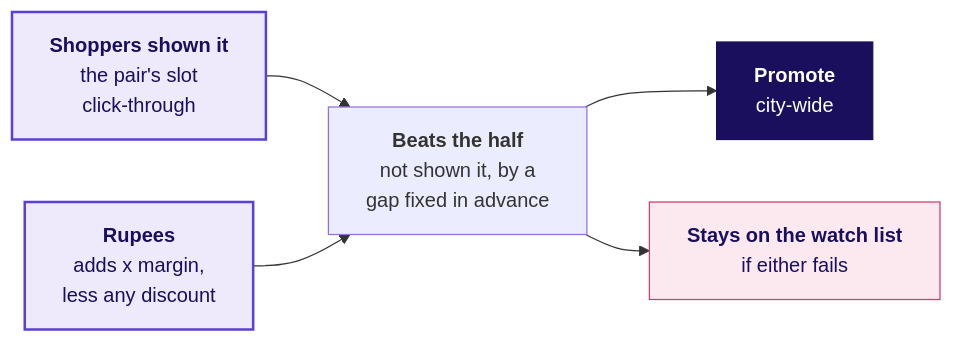
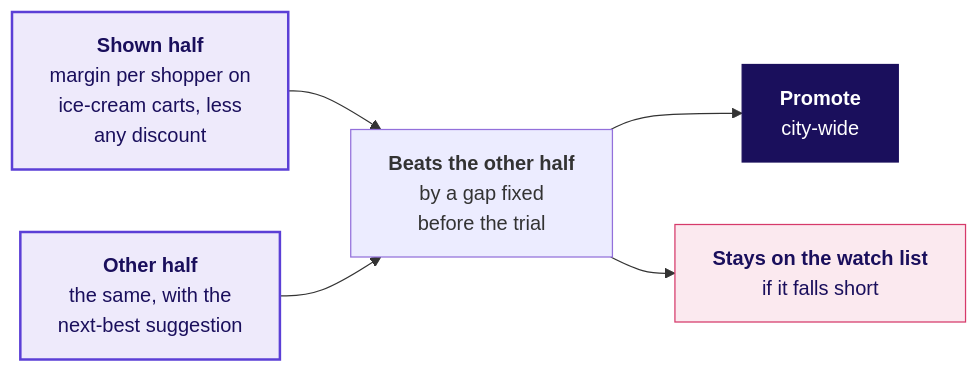
Before and after one commit to fde-academy-lab/c2-content-factory: the second of 3 diagrams in content/W04/D3/slides/C2_W04_D03_fallback_STUDENT.md, drawn with Mermaid. The commit also changed other lines of this file and 10 other files, not shown here.

First line of the commit message:
Week 4 Wednesday: the watch list passes on margin, and the mix moved

````diff
--- a/content/W04/D3/slides/C2_W04_D03_fallback_STUDENT.md
+++ b/content/W04/D3/slides/C2_W04_D03_fallback_STUDENT.md
@@ -86,13 +86,13 @@
 ```mermaid
 flowchart LR
-    T["<b>Shoppers shown it</b><br/>the pair's slot<br/>click-through"] --> G["<b>Beats the half</b><br/>not shown it, by a<br/>gap fixed in advance"]
-    R["<b>Rupees</b><br/>adds x margin,<br/>less any discount"] --> G
+    T["<b>Shown half</b><br/>margin per shopper on<br/>ice-cream carts, less<br/>any discount"] --> G["<b>Beats the other half</b><br/>by a gap fixed<br/>before the trial"]
+    R["<b>Other half</b><br/>the same, with the<br/>next-best suggestion"] --> G
     G --> P["<b>Promote</b><br/>city-wide"]
-    G --> W["<b>Stays on the watch list</b><br/>if either fails"]
+    G --> W["<b>Stays on the watch list</b><br/>if it falls short"]
     classDef known fill:#EEEAFB,stroke:#5B3FD6,color:#1A0F5C,stroke-width:2px
     classDef lit fill:#1A0F5C,stroke:#1A0F5C,color:#FFFFFF
     classDef bad fill:#FBE9EF,stroke:#D63A6A,color:#1A0F5C
     class T,R known
     class P lit
     class W bad
 ```
````
